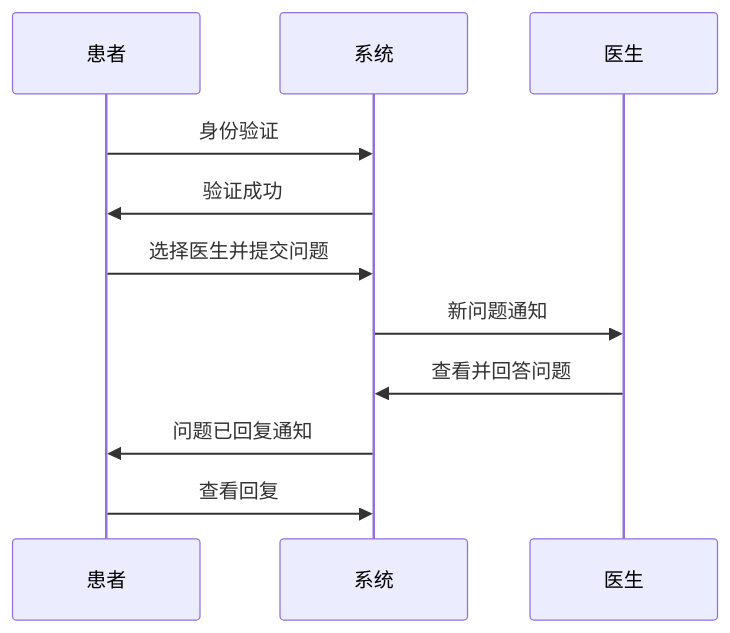
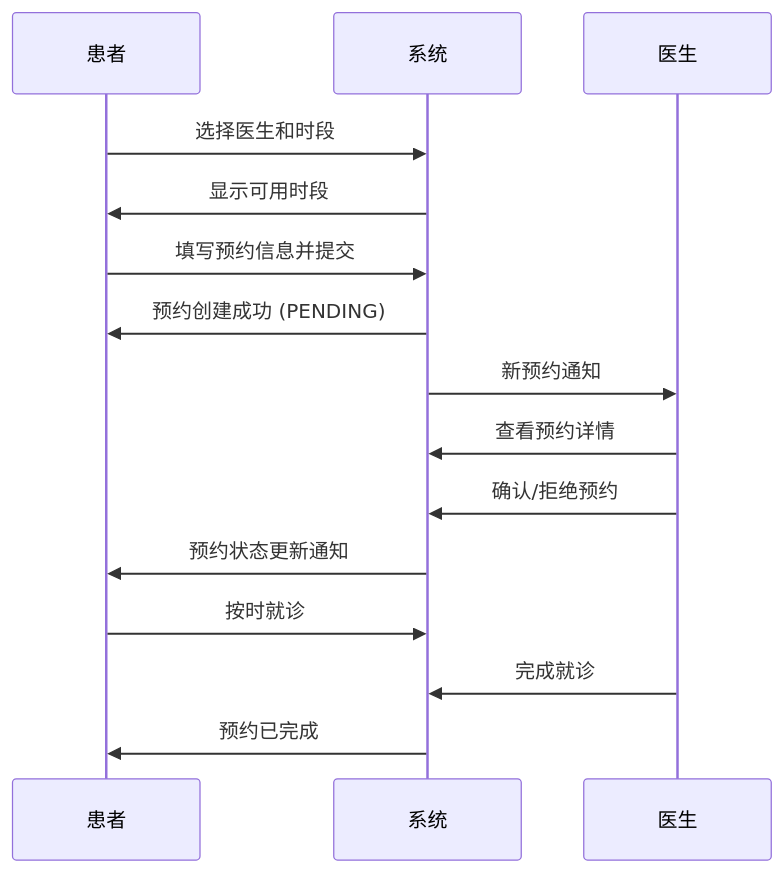
One commit to vibecodingshow/qa-live-healthcare changed the third of 4 diagrams in .asdm/contexts/data-models.md. Above: the diagram before and after it, drawn with Mermaid. The commit also changed other lines of this file and 6 other files, not shown here.

````diff
--- a/.asdm/contexts/data-models.md
+++ b/.asdm/contexts/data-models.md
@@ -159,14 +301,18 @@
 ```mermaid
 sequenceDiagram
     participant P as 患者
     participant S as 系统
     participant D as 医生
     
-    P->>S: 身份验证
-    S->>P: 验证成功
-    P->>S: 选择医生并提交问题
-    S->>D: 新问题通知
-    D->>S: 查看并回答问题
-    S->>P: 问题已回复通知
-    P->>S: 查看回复
+    P->>S: 选择医生和时段
+    S->>P: 显示可用时段
+    P->>S: 填写预约信息并提交
+    S->>P: 预约创建成功 (PENDING)
+    S->>D: 新预约通知
+    D->>S: 查看预约详情
+    D->>S: 确认/拒绝预约
+    S->>P: 预约状态更新通知
+    P->>S: 按时就诊
+    D->>S: 完成就诊
+    S->>P: 预约已完成
 ```
````
